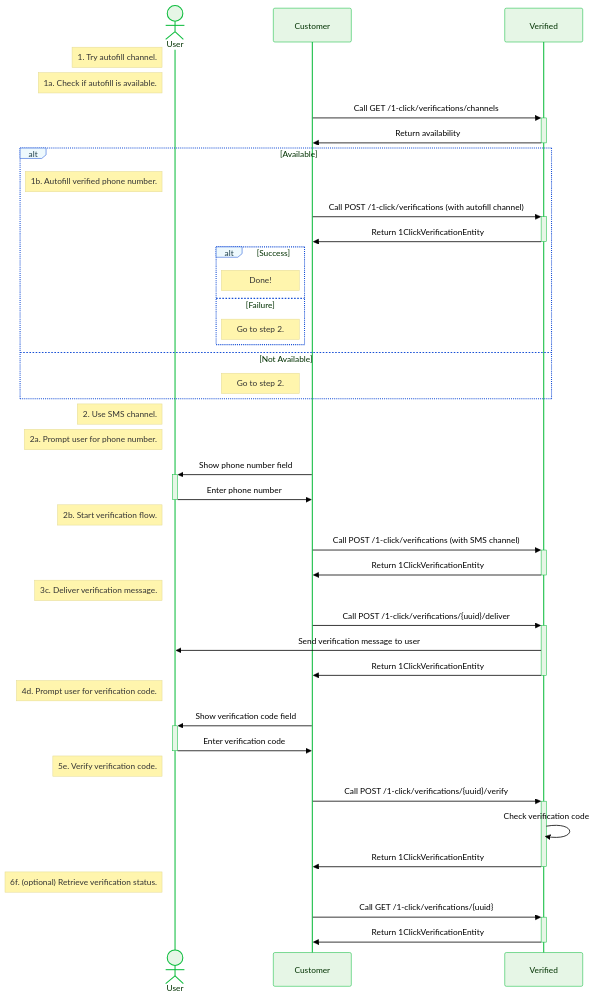
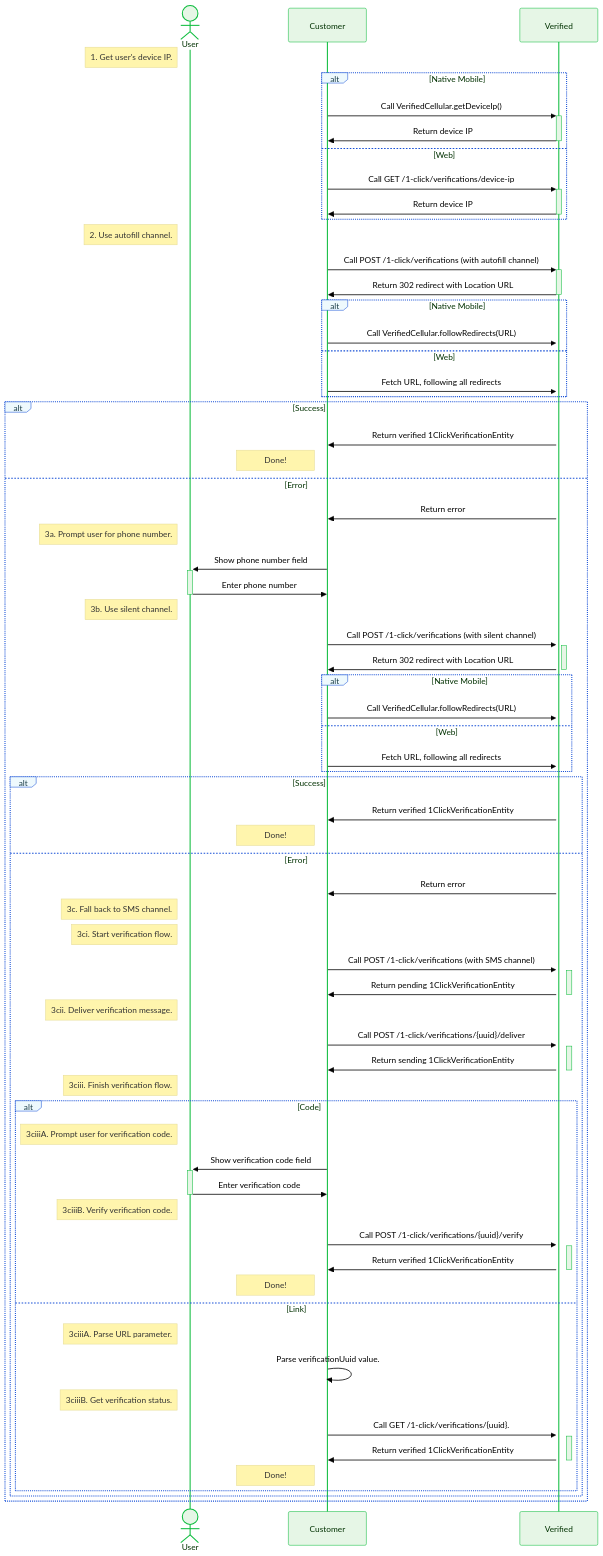
One commit to VerifiedInc/VerifiedInc.github.io changed the diagram in versioned_docs/version-2.1/reusables/sequence-diagram-1-click-verify-api.mdx. Above: the diagram before and after it, drawn with Mermaid. The commit also changed 45 other files, not shown here.

````diff
--- a/versioned_docs/version-2.1/reusables/sequence-diagram-1-click-verify-api.mdx
+++ b/versioned_docs/version-2.1/reusables/sequence-diagram-1-click-verify-api.mdx
@@ -25,43 +25,78 @@
     participant C as Customer
     participant V as Verified
 
-    Note left of U: 1. Try autofill channel.
-    Note left of U: 1a. Check if autofill is available.
-    C ->>+ V: Call GET /1-click/verifications/channels
-    V ->>- C: Return availability
-    alt Available
-        Note left of U: 1b. Autofill verified phone number.
-        C ->>+ V: Call POST /1-click/verifications (with autofill channel)
-        V ->>- C: Return 1ClickVerificationEntity
-        alt Success
-            Note left of C: Done!
-        else Failure
-            Note left of C: Go to step 2.
-        end
-    else Not Available
-        Note left of C: Go to step 2.
+    Note left of U: 1. Get user's device IP.
+    alt Native Mobile
+        C ->>+ V: Call VerifiedCellular.getDeviceIp()
+        V ->>- C: Return device IP
+    else Web
+        C ->>+ V: Call GET /1-click/verifications/device-ip
+        V ->>- C: Return device IP
     end
     
+    Note left of U: 2. Use autofill channel.
+    C ->>+ V: Call POST /1-click/verifications (with autofill channel)
+    V ->>- C: Return 302 redirect with Location URL
+    alt Native Mobile
+        C ->>+ V: Call VerifiedCellular.followRedirects(URL)
+    else Web
+        C ->>+ V: Fetch URL, following all redirects
+    end
+    alt Success
+        V ->> C: Return verified 1ClickVerificationEntity
+        Note left of C: Done!
+    else Error
+        V ->> C: Return error
 
-    Note left of U: 2. Use SMS channel.
-    Note left of U: 2a. Prompt user for phone number.
-    C ->>+ U: Show phone number field
-    U ->>- C: Enter phone number
-    Note left of U: 2b. Start verification flow.
-    C ->>+ V: Call POST /1-click/verifications (with SMS channel)
-    V ->>- C: Return 1ClickVerificationEntity
-    Note left of U: 3c. Deliver verification message.
-    C ->>+ V: Call POST /1-click/verifications/{uuid}/deliver
-    V ->> U: Send verification message to user
-    V ->>- C: Return 1ClickVerificationEntity
-    Note left of U: 4d. Prompt user for verification code.
-    C ->>+ U: Show verification code field
-    U ->>- C: Enter verification code
-    Note left of U: 5e. Verify verification code.
-    C ->>+ V: Call POST /1-click/verifications/{uuid}/verify
-    V ->> V: Check verification code
-    V ->>- C: Return 1ClickVerificationEntity
-    Note left of U: 6f. (optional) Retrieve verification status.
-    C ->>+ V: Call GET /1-click/verifications/{uuid}
-    V ->>- C: Return 1ClickVerificationEntity
+        Note left of U: 3a. Prompt user for phone number.
+        C ->>+ U: Show phone number field
+        U ->>- C: Enter phone number
+
+        Note left of U: 3b. Use silent channel.
+        C ->>+ V: Call POST /1-click/verifications (with silent channel)
+        V ->>- C: Return 302 redirect with Location URL
+        alt Native Mobile
+            C ->>+ V: Call VerifiedCellular.followRedirects(URL)
+        else Web
+            C ->>+ V: Fetch URL, following all redirects
+        end
+        alt Success
+            V ->> C: Return verified 1ClickVerificationEntity
+            Note left of C: Done!
+        else Error
+            V ->> C: Return error
+
+            Note left of U: 3c. Fall back to SMS channel.
+
+            Note left of U: 3ci. Start verification flow.
+            C ->>+ V: Call POST /1-click/verifications (with SMS channel)
+            V ->>- C: Return pending 1ClickVerificationEntity
+
+            Note left of U: 3cii. Deliver verification message.
+            C ->>+ V: Call POST /1-click/verifications/{uuid}/deliver
+            V ->>- C: Return sending 1ClickVerificationEntity
+
+            Note left of U: 3ciii. Finish verification flow.
+            alt Code
+
+                Note left of U: 3ciiiA. Prompt user for verification code.
+                C ->>+ U: Show verification code field
+                U ->>- C: Enter verification code
+
+                Note left of U: 3ciiiB. Verify verification code.
+                C ->>+ V: Call POST /1-click/verifications/{uuid}/verify
+                V ->>- C: Return verified 1ClickVerificationEntity
+                Note left of C: Done!
+            else Link
+
+                Note left of U: 3ciiiA. Parse URL parameter.
+                C ->> C: Parse verificationUuid value.
+
+                Note left of U: 3ciiiB. Get verification status.
+                C ->>+ V: Call GET /1-click/verifications/{uuid}.
+                V ->>- C: Return verified 1ClickVerificationEntity
+                Note left of C: Done!
+            end
+        end
+    end
 ```
````
